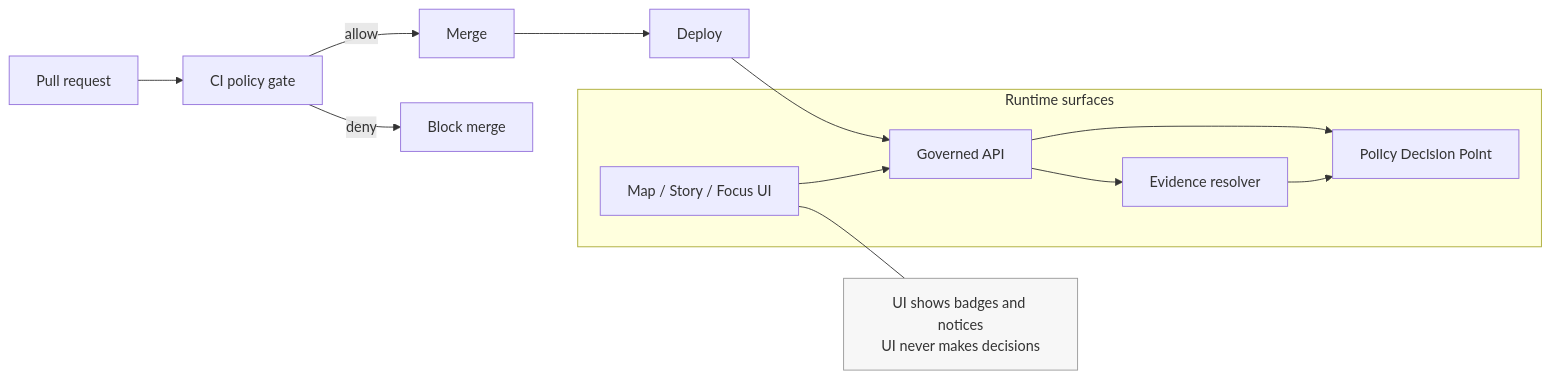
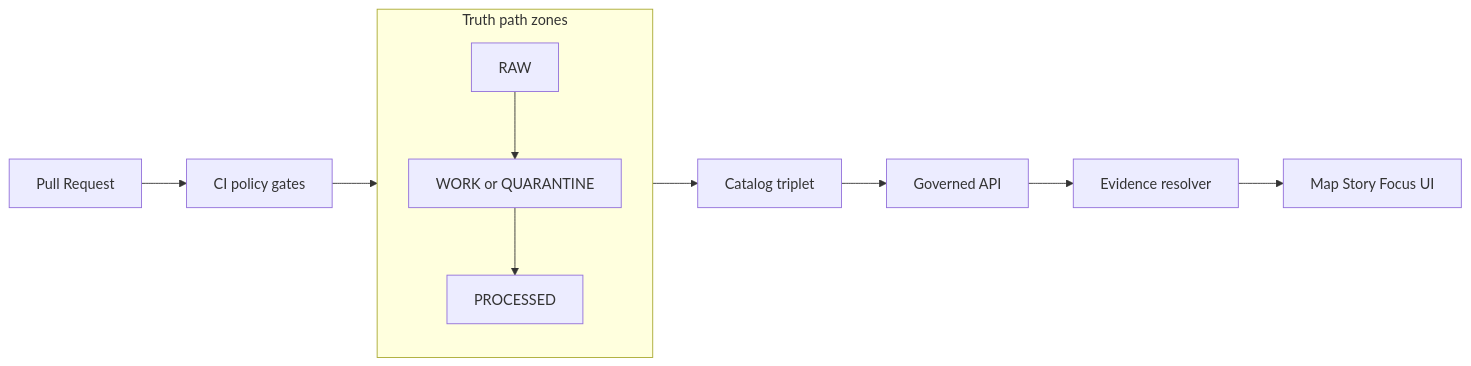
The diagram in data/policies/README.md (bartytime4life/Kansas-Frontier-Matrix), drawn with Mermaid before and after one commit. The commit also changed other lines of this file, not shown here.

First line of the commit message:
Revise README.md for policy governance details

````diff
--- a/data/policies/README.md
+++ b/data/policies/README.md
@@ -42,26 +84,16 @@
 ```mermaid
 flowchart LR
-  PR[Pull request] --> CI[CI policy gate]
-  CI -->|allow| Merge[Merge]
-  CI -->|deny| Block[Block merge]
+  PR[Pull Request] --> CI[CI policy gates]
+  CI --> ZONES[Truth path zones]
+  ZONES --> CATALOG[Catalog triplet]
+  CATALOG --> API[Governed API]
+  API --> ER[Evidence resolver]
+  ER --> UI[Map Story Focus UI]
 
-  Merge --> Deploy[Deploy]
-
-  subgraph Runtime["Runtime surfaces"]
-    UI[Map / Story / Focus UI]
-    API[Governed API]
-    Evidence[Evidence resolver]
-    PDP[Policy Decision Point]
+  subgraph ZONES[Truth path zones]
+    RAW[RAW]
+    WORK[WORK or QUARANTINE]
+    PROC[PROCESSED]
+    RAW --> WORK --> PROC
   end
-
-  Deploy --> API
-  UI --> API
-  API --> PDP
-  Evidence --> PDP
-  API --> Evidence
-
-  note1["UI shows badges and notices\nUI never makes decisions"]:::note
-  UI --- note1
-
-  classDef note fill:#f7f7f7,stroke:#999,stroke-width:1px;
 ```
````
